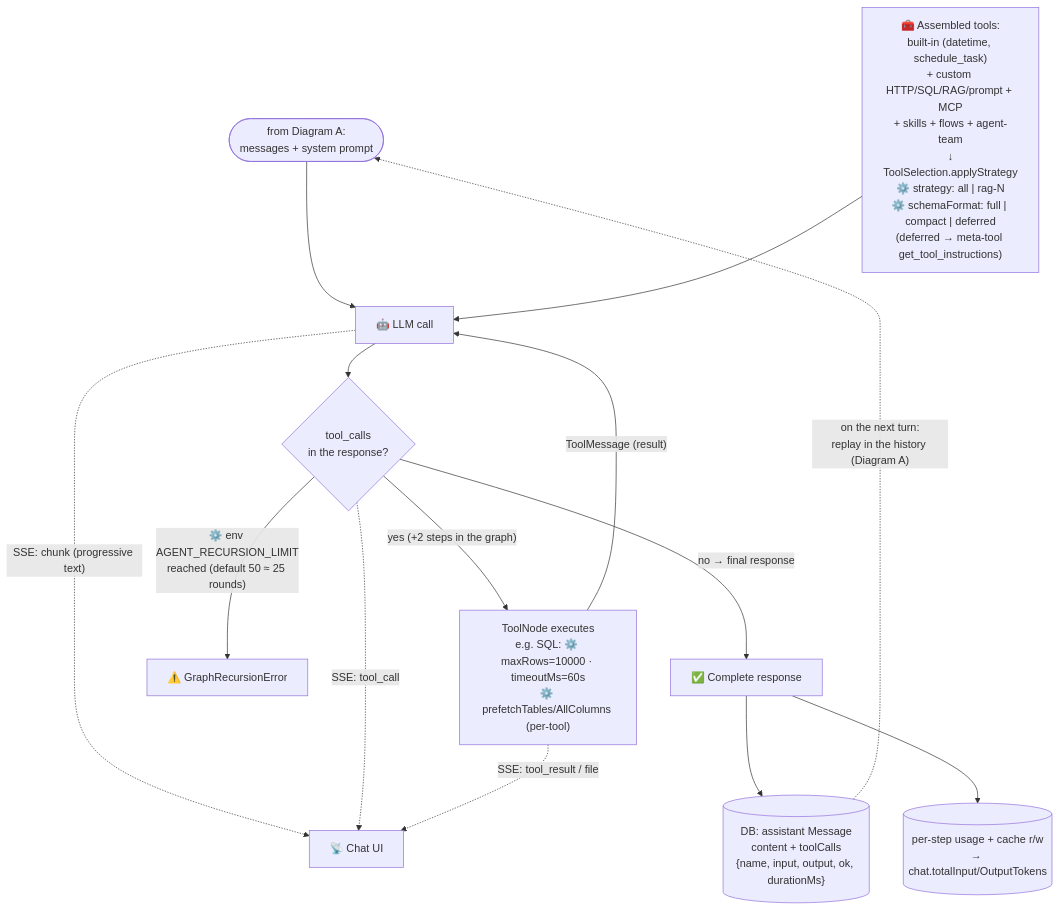
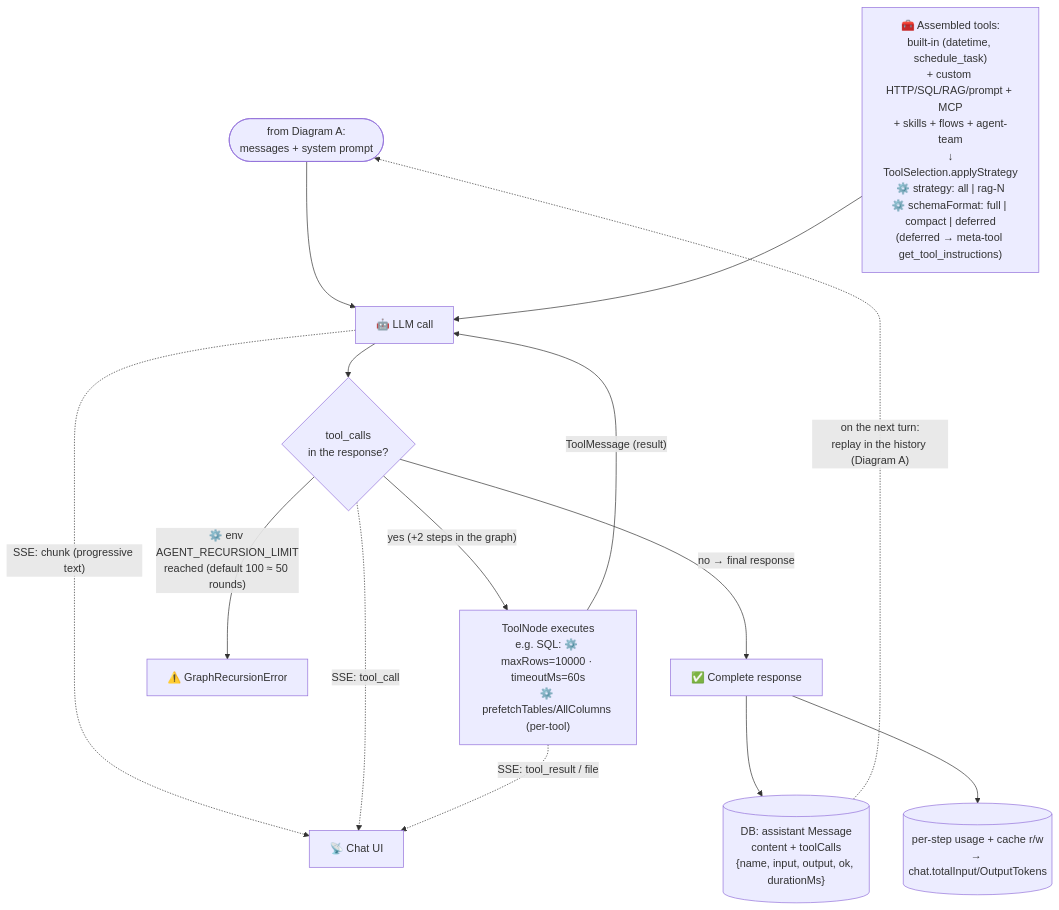
The fourth of 4 diagrams in docs/DATAFLOW_AGENT.md (arkimedehq/arkimede), drawn with Mermaid before and after one commit. The commit also changed other lines of this file and 94 other files, not shown here.

````diff
--- a/docs/DATAFLOW_AGENT.md
+++ b/docs/DATAFLOW_AGENT.md
@@ -151,24 +151,24 @@
 ```mermaid
 flowchart TB
 
 CTX(["from Diagram A:<br/>messages + system prompt"]) --> LLM
 
 TOOLS["🧰 Assembled tools:<br/>built-in (datetime, schedule_task)<br/>+ custom HTTP/SQL/RAG/prompt + MCP<br/>+ skills + flows + agent-team<br/>↓<br/>ToolSelection.applyStrategy<br/>⚙️ strategy: all | rag-N<br/>⚙️ schemaFormat: full | compact | deferred<br/>(deferred → meta-tool get_tool_instructions)"]
 TOOLS --> LLM
 
 LLM["🤖 LLM call"] --> DEC{"tool_calls<br/>in the response?"}
 
 DEC -- "yes (+2 steps in the graph)" --> EXEC["ToolNode executes<br/>e.g. SQL: ⚙️ maxRows=10000 · timeoutMs=60s<br/>⚙️ prefetchTables/AllColumns (per-tool)"]
 EXEC -- "ToolMessage (result)" --> LLM
 
-DEC -- "⚙️ env AGENT_RECURSION_LIMIT<br/>reached (default 50 ≈ 25 rounds)" --> RERR["⚠️ GraphRecursionError"]
+DEC -- "⚙️ env AGENT_RECURSION_LIMIT<br/>reached (default 100 ≈ 50 rounds)" --> RERR["⚠️ GraphRecursionError"]
 DEC -- "no → final response" --> OUT["✅ Complete response"]
 
 LLM -. "SSE: chunk (progressive text)" .-> SSE["📡 Chat UI"]
 DEC -. "SSE: tool_call" .-> SSE
 EXEC -. "SSE: tool_result / file" .-> SSE
 
 OUT --> SAVE[("DB: assistant Message<br/>content + toolCalls<br/>{name, input, output, ok, durationMs}")]
 OUT --> TOK[("per-step usage + cache r/w<br/>→ chat.totalInput/OutputTokens")]
 SAVE -. "on the next turn:<br/>replay in the history (Diagram A)" .-> CTX
 ```
````
